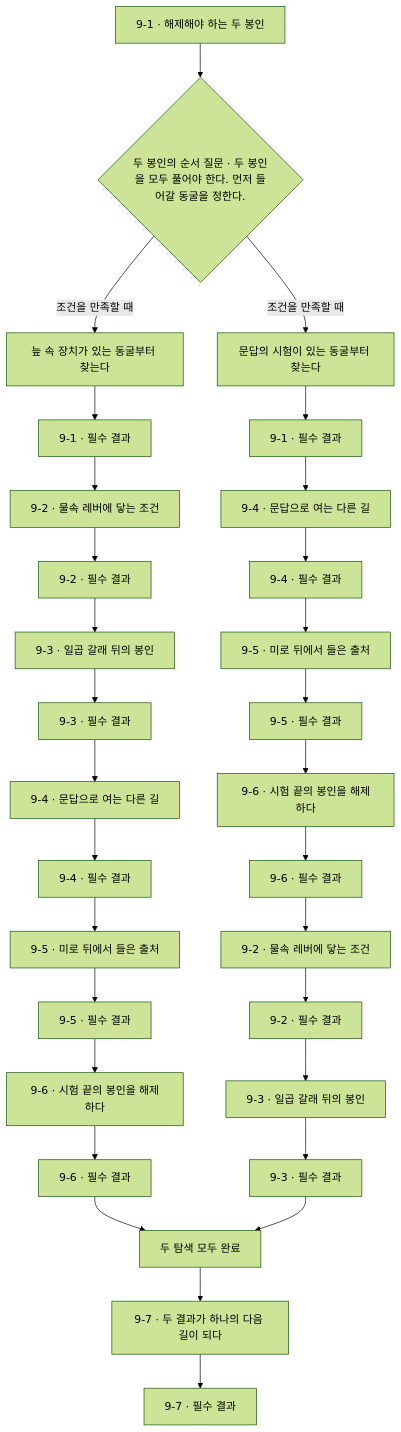
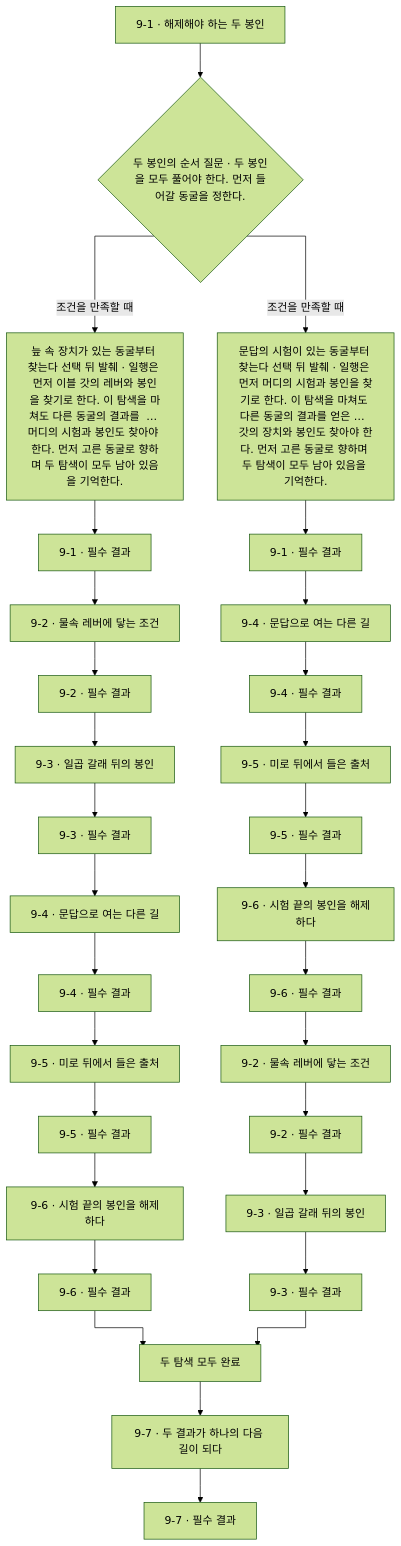
Diagram 11 of 17 in novel/writing/publication/generated/flow.md (obmaz/lore), drawn with Mermaid (forest theme) before and after one commit. The commit also changed other lines of this file and 20 other files, not shown here.

Commit message:
Show branch outcomes and route graph memory links orthogonally

````diff
--- a/novel/writing/publication/generated/flow.md
+++ b/novel/writing/publication/generated/flow.md
@@ -523,61 +533,62 @@
 ```mermaid
+%%{init: {"flowchart": {"curve": "stepAfter"}}}%%
 flowchart TB
   n5a31bcd048cdb49e["9-1 · 해제해야 하는 두 봉인"]
   ned7920098391b842{"두 봉인의 순서 질문 · 두 봉인을 모두 풀어야 한다. 먼저 들어갈 동굴을 정한다."}
   nd6284598b9e1c3c2["두 탐색 모두 완료"]
-  n7189034055f8da23["늪 속 장치가 있는 동굴부터 찾는다"]
+  n7189034055f8da23["늪 속 장치가 있는 동굴부터 찾는다 선택 뒤 발췌 · 일행은 먼저 이블 갓의 레버와 봉인을 찾기로 한다. 이 탐색을 마쳐도 다른 동굴의 결과를  … 머디의 시험과 봉인도 찾아야 한다. 먼저 고른 동굴로 향하며 두 탐색이 모두 남아 있음을 기억한다."]
   n5c6e6ee7cb8651d5["9-1 · 필수 결과"]
   n568b13b0d58b9453["9-2 · 물속 레버에 닿는 조건"]
   n54bc867b522cfd71["9-2 · 필수 결과"]
   naf3cbf7f8823dea3["9-3 · 일곱 갈래 뒤의 봉인"]
   n301813bd38d2d872["9-3 · 필수 결과"]
   n3bb2e86f93a5133c["9-4 · 문답으로 여는 다른 길"]
   na29c6406789185ae["9-4 · 필수 결과"]
   nf9eaffcbe50f8f82["9-5 · 미로 뒤에서 들은 출처"]
   n78e46d87ab69eb5f["9-5 · 필수 결과"]
   n9c9b72ab0ded8ae5["9-6 · 시험 끝의 봉인을 해제하다"]
   nfe03a05dcba17f5b["9-6 · 필수 결과"]
-  n9f6c1675f9b87a31["문답의 시험이 있는 동굴부터 찾는다"]
+  n9f6c1675f9b87a31["문답의 시험이 있는 동굴부터 찾는다 선택 뒤 발췌 · 일행은 먼저 머디의 시험과 봉인을 찾기로 한다. 이 탐색을 마쳐도 다른 동굴의 결과를 얻은 …  갓의 장치와 봉인도 찾아야 한다. 먼저 고른 동굴로 향하며 두 탐색이 모두 남아 있음을 기억한다."]
   nee0c931c4c2de572["9-1 · 필수 결과"]
   nf1921b6624151c72["9-4 · 문답으로 여는 다른 길"]
   n16547d9b365062ac["9-4 · 필수 결과"]
   n5b848d1c684b1483["9-5 · 미로 뒤에서 들은 출처"]
   neba2615549804954["9-5 · 필수 결과"]
   na6c96ad2aef22282["9-6 · 시험 끝의 봉인을 해제하다"]
   nc90d562a8bef4c55["9-6 · 필수 결과"]
   nbc6bb7416a4fce66["9-2 · 물속 레버에 닿는 조건"]
   nab6c80cf2d8efd71["9-2 · 필수 결과"]
   n5c4e9de218435f71["9-3 · 일곱 갈래 뒤의 봉인"]
   nca3799a90ba8aae0["9-3 · 필수 결과"]
   nf42af18a4e8ee019["9-7 · 두 결과가 하나의 다음 길이 되다"]
   n0674e2d386001e0d["9-7 · 필수 결과"]
   n5a31bcd048cdb49e --> ned7920098391b842
   ned7920098391b842 -->|조건을 만족할 때| n7189034055f8da23
   n7189034055f8da23 --> n5c6e6ee7cb8651d5
   n568b13b0d58b9453 --> n54bc867b522cfd71
   n5c6e6ee7cb8651d5 --> n568b13b0d58b9453
   naf3cbf7f8823dea3 --> n301813bd38d2d872
   n54bc867b522cfd71 --> naf3cbf7f8823dea3
   n3bb2e86f93a5133c --> na29c6406789185ae
   n301813bd38d2d872 --> n3bb2e86f93a5133c
   nf9eaffcbe50f8f82 --> n78e46d87ab69eb5f
   na29c6406789185ae --> nf9eaffcbe50f8f82
   n9c9b72ab0ded8ae5 --> nfe03a05dcba17f5b
   n78e46d87ab69eb5f --> n9c9b72ab0ded8ae5
   nfe03a05dcba17f5b --> nd6284598b9e1c3c2
   ned7920098391b842 -->|조건을 만족할 때| n9f6c1675f9b87a31
   n9f6c1675f9b87a31 --> nee0c931c4c2de572
   nf1921b6624151c72 --> n16547d9b365062ac
   nee0c931c4c2de572 --> nf1921b6624151c72
   n5b848d1c684b1483 --> neba2615549804954
   n16547d9b365062ac --> n5b848d1c684b1483
   na6c96ad2aef22282 --> nc90d562a8bef4c55
   neba2615549804954 --> na6c96ad2aef22282
   nbc6bb7416a4fce66 --> nab6c80cf2d8efd71
   nc90d562a8bef4c55 --> nbc6bb7416a4fce66
   n5c4e9de218435f71 --> nca3799a90ba8aae0
   nab6c80cf2d8efd71 --> n5c4e9de218435f71
   nca3799a90ba8aae0 --> nd6284598b9e1c3c2
   nf42af18a4e8ee019 --> n0674e2d386001e0d
   nd6284598b9e1c3c2 --> nf42af18a4e8ee019
 ```
````
